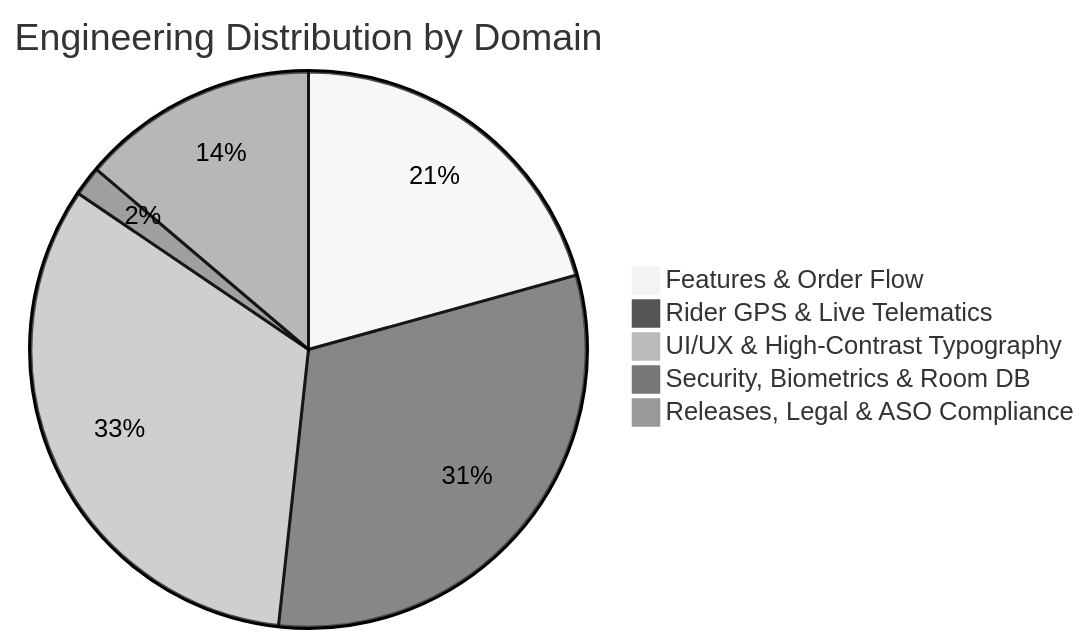
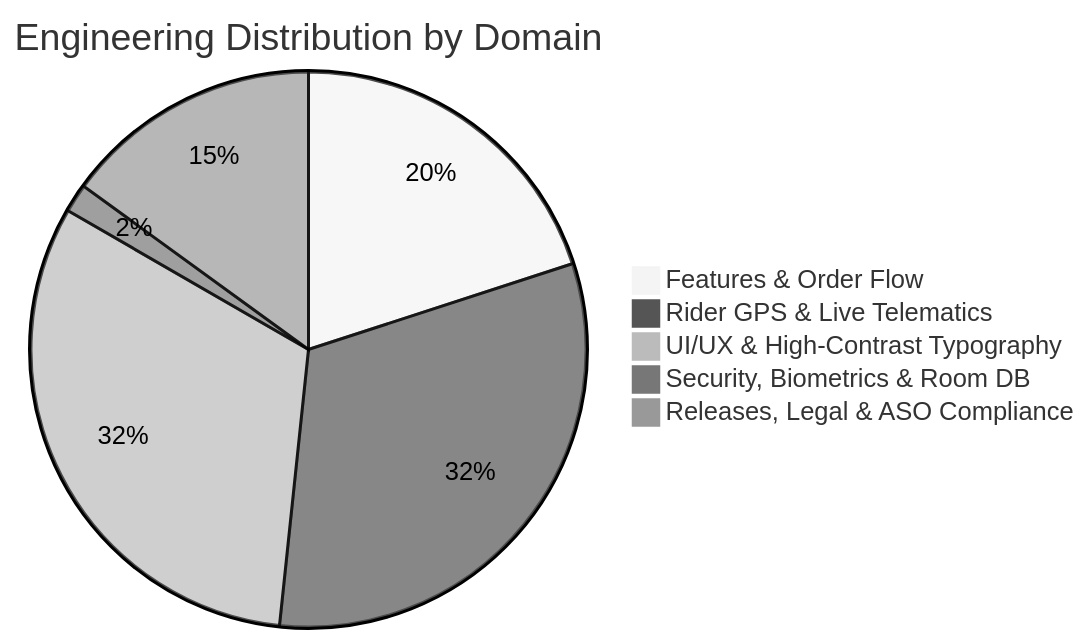
The second of 2 diagrams in README.md (daniyal44/Zyphuel-App), drawn with Mermaid (neutral theme) before and after one commit. The commit also changed other lines of this file, not shown here.

Commit message:
chore(dashboard): auto-update code-based engineering velocity graph [skip ci]

````diff
--- a/README.md
+++ b/README.md
@@ -60,8 +60,8 @@
 ```mermaid
 pie title Engineering Distribution by Domain
     "Features & Order Flow" : 12
-    "Rider GPS & Live Telematics" : 18
+    "Rider GPS & Live Telematics" : 19
     "UI/UX & High-Contrast Typography" : 19
     "Security, Biometrics & Room DB" : 1
-    "Releases, Legal & ASO Compliance" : 8
+    "Releases, Legal & ASO Compliance" : 9
 ```
````
